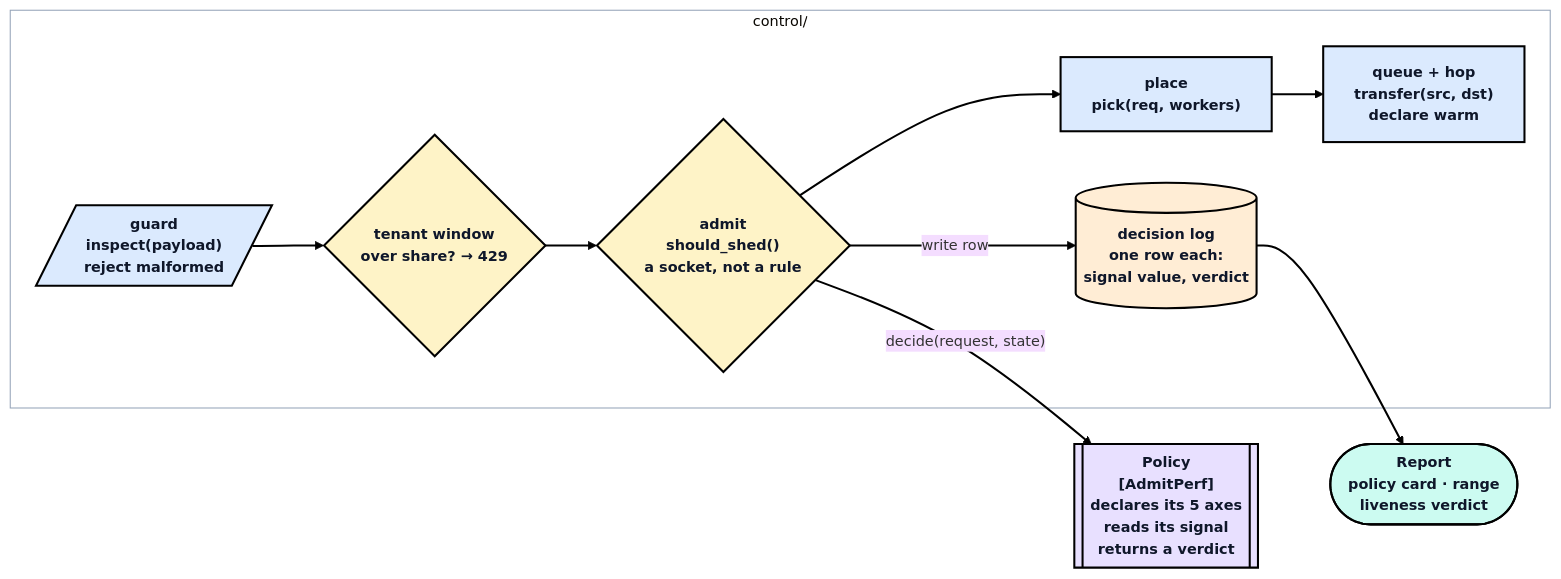
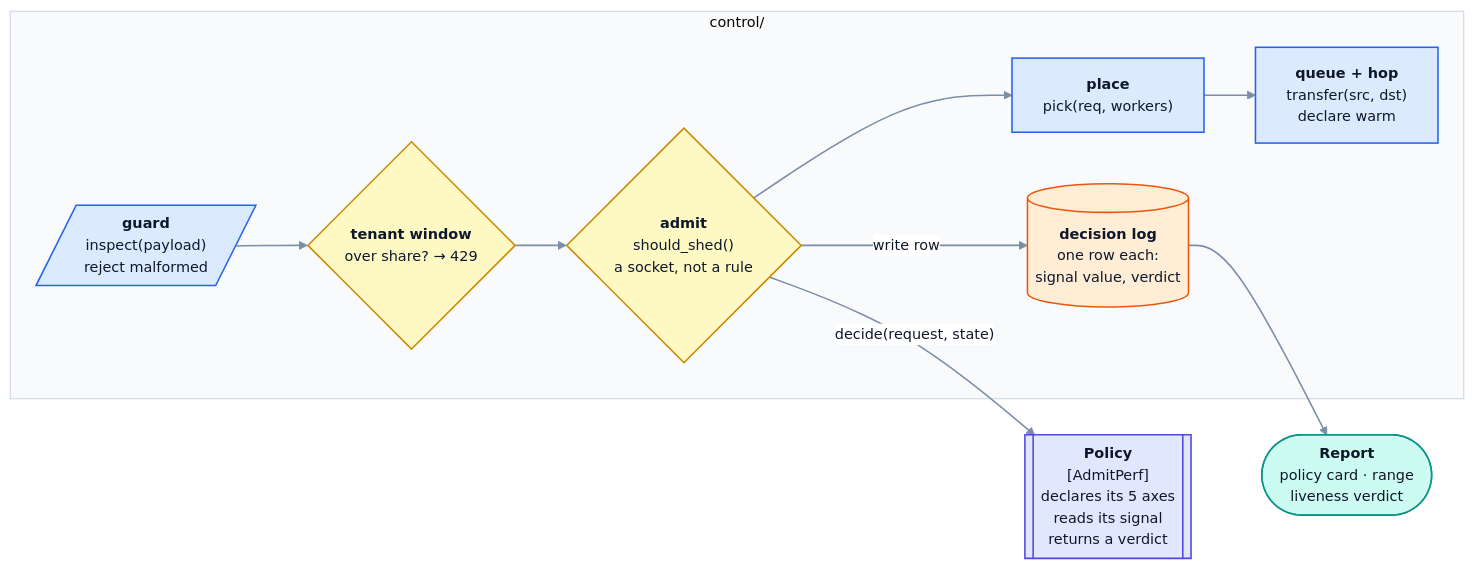
One commit to harshuljain13/Dodona changed the third of 3 diagrams in PROJECT.md. Above: the diagram before and after it, drawn with Mermaid. The commit also changed other lines of this file and 15 other files, not shown here.

````diff
--- a/PROJECT.md
+++ b/PROJECT.md
@@ -264,32 +301,50 @@
 ```mermaid
-%%{init: {'theme':'base','themeVariables':{'fontFamily':'Inter, Segoe UI, Helvetica Neue, Arial, sans-serif','fontSize':'14px','lineColor':'#000000','clusterBkg':'#ffffff','clusterBorder':'#94a3b8'}}}%%
+%%{init: {'theme':'base','themeVariables':{
+  'fontFamily':'ui-sans-serif, -apple-system, Segoe UI, Inter, Helvetica, Arial, sans-serif','fontSize':'14px',
+  'primaryColor':'#eff6ff','primaryTextColor':'#0f172a','primaryBorderColor':'#94a3b8',
+  'secondaryColor':'#f1f5f9','tertiaryColor':'#f8fafc',
+  'lineColor':'#7c8da6','textColor':'#1e293b',
+  'clusterBkg':'#f8fafc','clusterBorder':'#cbd5e1',
+  'edgeLabelBackground':'#ffffff','nodeBorder':'#94a3b8'
+}}}%%
 flowchart LR
   subgraph GW["control/"]
     G[/"<b>guard</b><br/>inspect(payload)<br/>reject malformed"/]
     T{"<b>tenant window</b><br/>over share? → 429"}
     A{"<b>admit</b><br/>should_shed()<br/>a socket, not a rule"}
     P["<b>place</b><br/>pick(req, workers)"]
     H["<b>queue + hop</b><br/>transfer(src, dst)<br/>declare warm"]
     L[("<b>decision log</b><br/>one row each:<br/>signal value, verdict")]
     G --> T --> A --> P --> H
   end
 
   POL[["<b>Policy</b><br/>[AdmitPerf]<br/>declares its 5 axes<br/>reads its signal<br/>returns a verdict"]]
   REP(["<b>Report</b><br/>policy card · range<br/>liveness verdict"])
 
   A -->|"decide(request, state)"| POL
   A -->|"write row"| L
   L --> REP
 
   class G,P,H primary
   class T,A decision
   class POL highlight
   class L data
   class REP success
-  classDef primary fill:#dbeafe,stroke:#000000,stroke-width:2px,color:#0f172a,font-weight:bold
-  classDef decision fill:#fef3c7,stroke:#000000,stroke-width:2px,color:#0f172a,font-weight:bold
-  classDef data fill:#ffedd5,stroke:#000000,stroke-width:2px,color:#0f172a,font-weight:bold
-  classDef success fill:#ccfbf1,stroke:#000000,stroke-width:2px,color:#0f172a,font-weight:bold
-  classDef highlight fill:#e8e0ff,stroke:#000000,stroke-width:2px,color:#0f172a,font-weight:bold
-  linkStyle default stroke:#000000,stroke-width:2px
+
+    classDef primary   fill:#dbeafe,stroke:#2563eb,stroke-width:1.5px,color:#0f172a
+    classDef secondary fill:#d1fae5,stroke:#059669,stroke-width:1.5px,color:#0f172a
+    classDef accent    fill:#ede9fe,stroke:#7c3aed,stroke-width:1.5px,color:#0f172a
+    classDef decision  fill:#fef9c3,stroke:#ca8a04,stroke-width:1.5px,color:#0f172a
+    classDef gate      fill:#fef9c3,stroke:#ca8a04,stroke-width:1.5px,color:#0f172a
+    classDef data      fill:#ffedd5,stroke:#ea580c,stroke-width:1.5px,color:#0f172a
+    classDef neutral   fill:#f1f5f9,stroke:#64748b,stroke-width:1.5px,color:#0f172a
+    classDef success   fill:#ccfbf1,stroke:#0d9488,stroke-width:1.5px,color:#0f172a
+    classDef out       fill:#ccfbf1,stroke:#0d9488,stroke-width:1.5px,color:#0f172a
+    classDef input     fill:#fce7f3,stroke:#db2777,stroke-width:1.5px,color:#0f172a
+    classDef highlight fill:#e0e7ff,stroke:#4f46e5,stroke-width:1.5px,color:#0f172a
+    classDef pick      fill:#d1fae5,stroke:#059669,stroke-width:1.8px,color:#064e3b
+    classDef alt       fill:#dbeafe,stroke:#2563eb,stroke-width:1.5px,color:#0f172a
+    classDef dead      fill:#fee2e2,stroke:#dc2626,stroke-width:1.5px,color:#7f1d1d
+    classDef note      fill:#ffffff,stroke:#cbd5e1,stroke-width:1px,color:#475569
+    linkStyle default stroke:#7c8da6,stroke-width:1.5px
 ```
````
